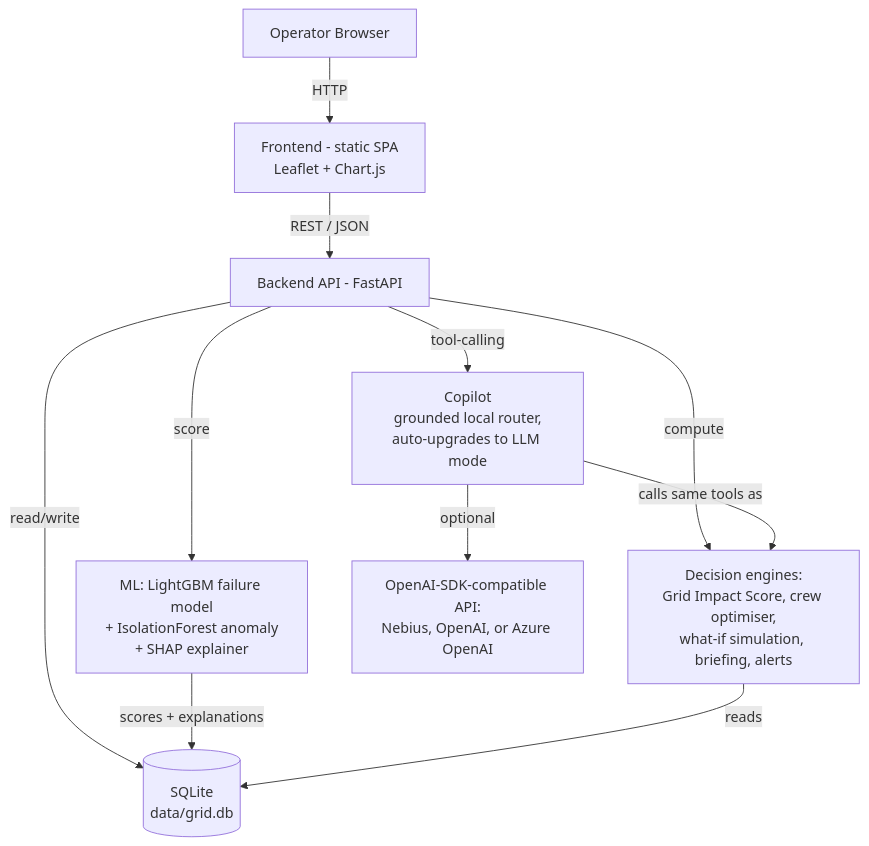
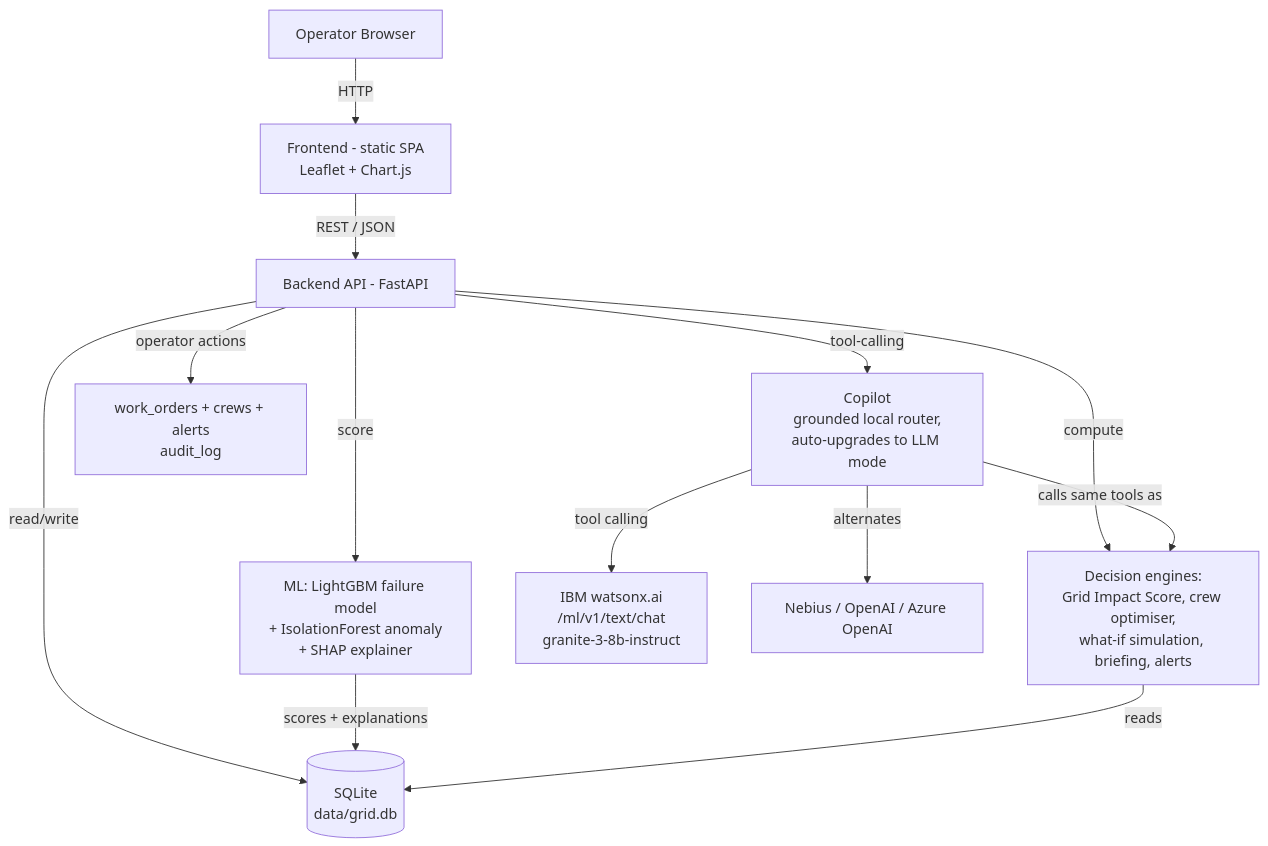
Before and after one commit to shreylakhtaria/bob-ai-hackathon-Nirmaan: the diagram in docs/architecture.md, drawn with Mermaid. The commit also changed other lines of this file and 25 other files, not shown here.

````diff
--- a/docs/architecture.md
+++ b/docs/architecture.md
@@ -5,13 +5,15 @@
 ```mermaid
 graph TD
     A[Operator Browser] -->|HTTP| B[Frontend - static SPA<br/>Leaflet + Chart.js]
     B -->|REST / JSON| C[Backend API - FastAPI]
     C -->|read/write| E[(SQLite<br/>data/grid.db)]
     C -->|score| D[ML: LightGBM failure model<br/>+ IsolationForest anomaly<br/>+ SHAP explainer]
     C -->|compute| G[Decision engines:<br/>Grid Impact Score, crew optimiser,<br/>what-if simulation, briefing, alerts]
     C -->|tool-calling| H[Copilot<br/>grounded local router,<br/>auto-upgrades to LLM mode]
-    H -->|optional| I[OpenAI-SDK-compatible API:<br/>Nebius, OpenAI, or Azure OpenAI]
+    H -->|tool calling| I[IBM watsonx.ai<br/>/ml/v1/text/chat<br/>granite-3-8b-instruct]
+    H -->|alternates| J[Nebius / OpenAI / Azure OpenAI]
+    C -->|operator actions| K[work_orders + crews + alerts<br/>audit_log]
     D -->|scores + explanations| E
     G -->|reads| E
     H -->|calls same tools as| G
 ```
````
